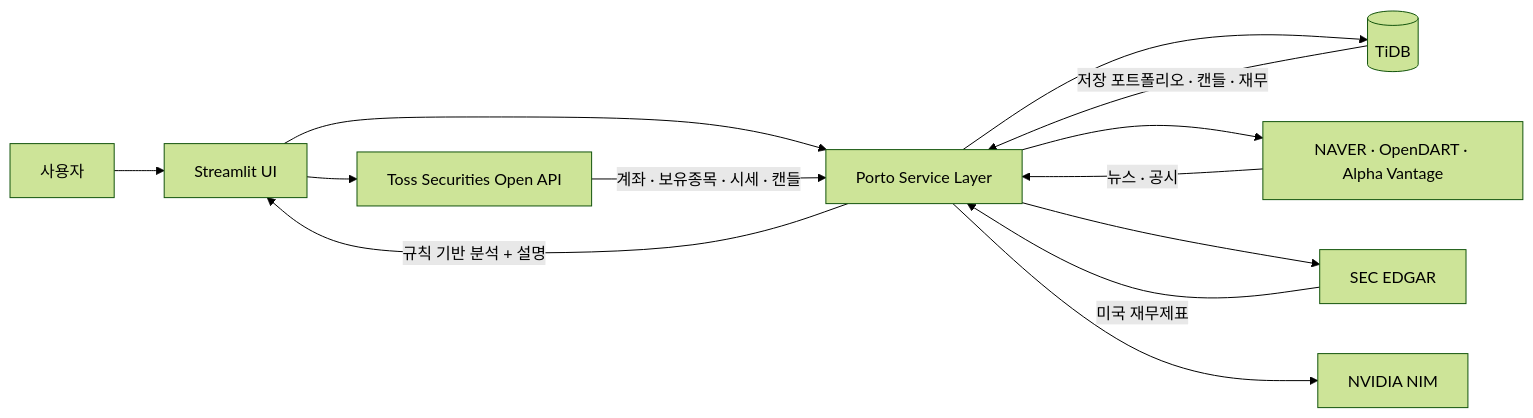
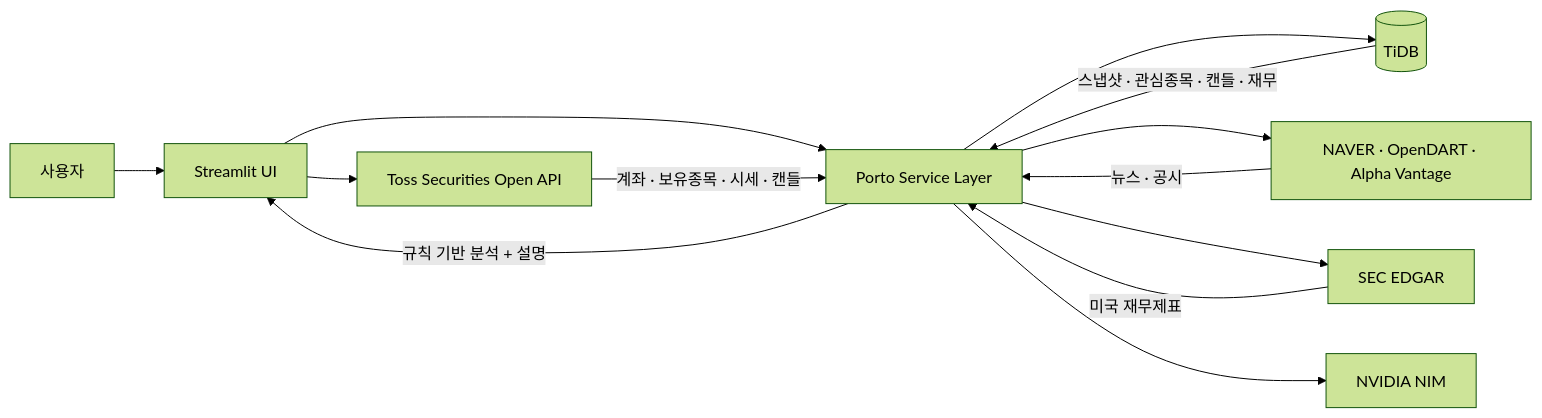
One commit to kimgyeongmin5348/TOSS_MANAGER changed the first of 3 diagrams in README.md. Above: the diagram before and after it, drawn with Mermaid (forest theme). The commit also changed other lines of this file, not shown here.

````diff
--- a/README.md
+++ b/README.md
@@ -91,16 +113,16 @@
 ```mermaid
 flowchart LR
     U["사용자"] --> A["Streamlit UI"]
     A --> T["Toss Securities Open API"]
     A --> S["Porto Service Layer"]
     S --> D[("TiDB")]
     S --> N["NAVER · OpenDART · Alpha Vantage"]
     S --> F["SEC EDGAR"]
     S --> L["NVIDIA NIM"]
 
     T -->|"계좌 · 보유종목 · 시세 · 캔들"| S
     N -->|"뉴스 · 공시"| S
     F -->|"미국 재무제표"| S
-    D -->|"저장 포트폴리오 · 캔들 · 재무"| S
+    D -->|"스냅샷 · 관심종목 · 캔들 · 재무"| S
     S -->|"규칙 기반 분석 + 설명"| A
 ```
````
